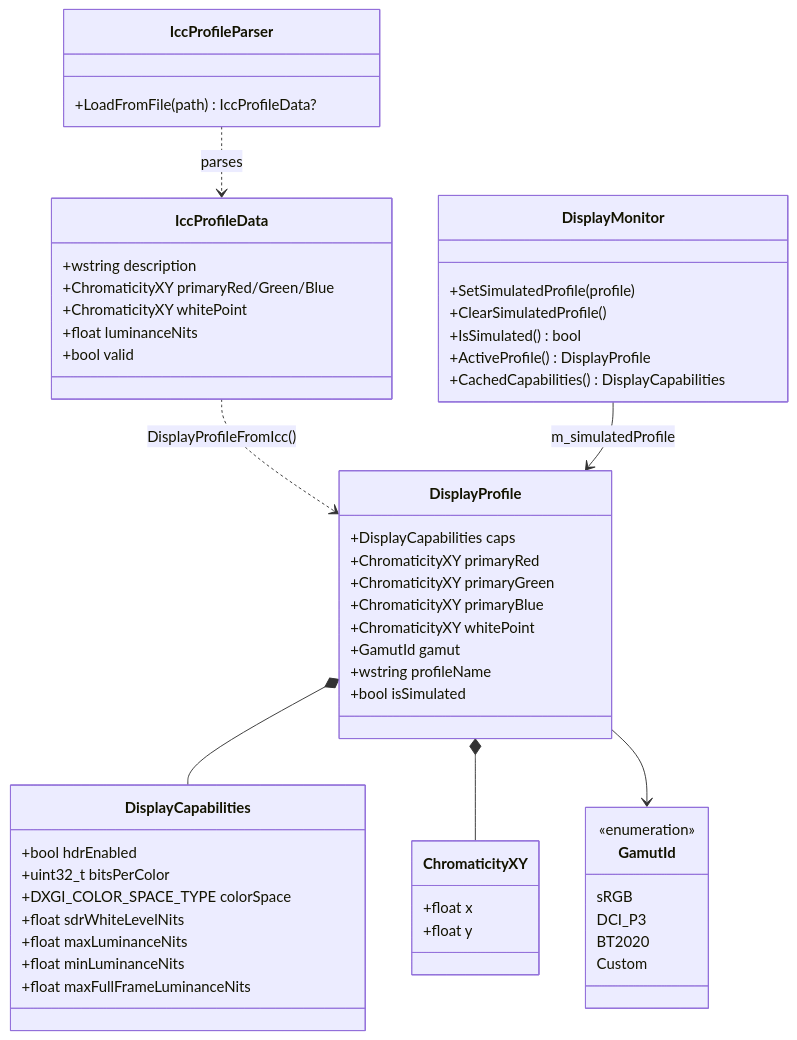
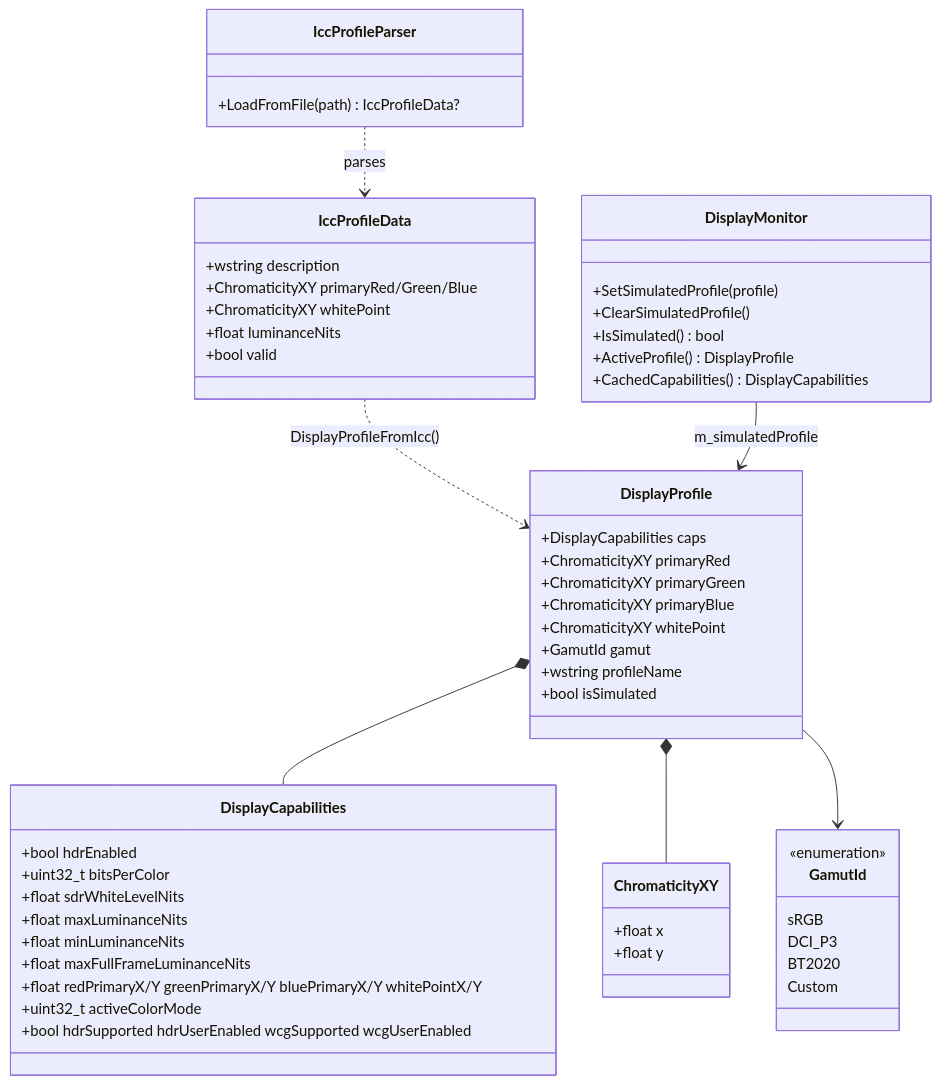
One commit to Spruill-1/ShaderLab changed the first of 2 diagrams in docs/architecture/display-profile-mocking.md. Above: the diagram before and after it, drawn with Mermaid. The commit also changed other lines of this file and 42 other files, not shown here.

Commit message:
Improve compatibility of the image source effect to properly handle HDR/SDR for a wider variety of sources. Make the app respect panel brightness and SDR white level.

````diff
--- a/docs/architecture/display-profile-mocking.md
+++ b/docs/architecture/display-profile-mocking.md
@@ -5,63 +5,65 @@
 ```mermaid
 classDiagram
     class DisplayCapabilities {
         +bool hdrEnabled
         +uint32_t bitsPerColor
-        +DXGI_COLOR_SPACE_TYPE colorSpace
         +float sdrWhiteLevelNits
         +float maxLuminanceNits
         +float minLuminanceNits
         +float maxFullFrameLuminanceNits
+        +float redPrimaryX/Y greenPrimaryX/Y bluePrimaryX/Y whitePointX/Y
+        +uint32_t activeColorMode
+        +bool hdrSupported hdrUserEnabled wcgSupported wcgUserEnabled
     }
 
     class ChromaticityXY {
         +float x
         +float y
     }
 
     class DisplayProfile {
         +DisplayCapabilities caps
         +ChromaticityXY primaryRed
         +ChromaticityXY primaryGreen
         +ChromaticityXY primaryBlue
         +ChromaticityXY whitePoint
         +GamutId gamut
         +wstring profileName
         +bool isSimulated
     }
 
     class GamutId {
         <<enumeration>>
         sRGB
         DCI_P3
         BT2020
         Custom
     }
 
     class IccProfileParser {
         +LoadFromFile(path) IccProfileData?
     }
 
     class IccProfileData {
         +wstring description
         +ChromaticityXY primaryRed/Green/Blue
         +ChromaticityXY whitePoint
         +float luminanceNits
         +bool valid
     }
 
     class DisplayMonitor {
         +SetSimulatedProfile(profile)
         +ClearSimulatedProfile()
         +IsSimulated() bool
         +ActiveProfile() DisplayProfile
         +CachedCapabilities() DisplayCapabilities
     }
 
     DisplayProfile *-- DisplayCapabilities
     DisplayProfile *-- ChromaticityXY
     DisplayProfile --> GamutId
     IccProfileParser ..> IccProfileData : parses
     IccProfileData ..> DisplayProfile : DisplayProfileFromIcc()
     DisplayMonitor --> DisplayProfile : m_simulatedProfile
 ```
````
